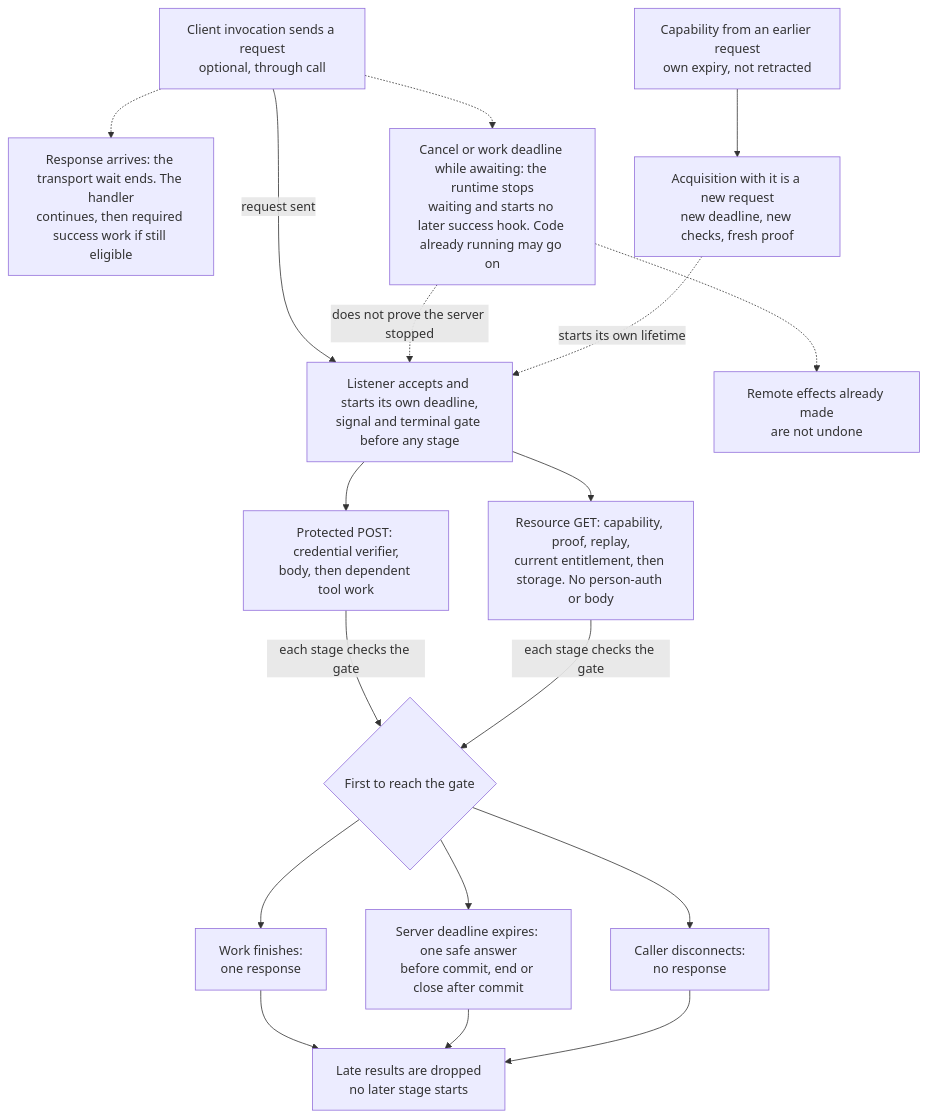
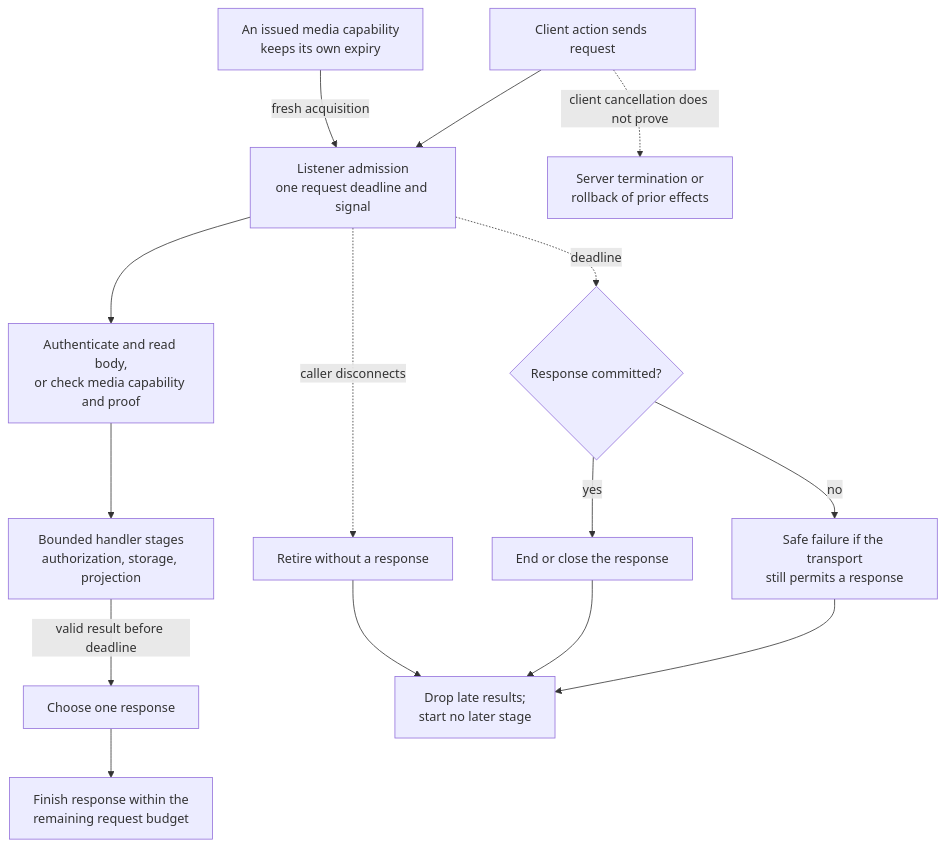
Before and after one commit to MachineWisdomAI/saga-a2ui: the diagram in diagrams/request-view-lifetimes-server-request.mmd, drawn with Mermaid. The commit also changed 37 other files, not shown here.

Commit message:
docs: explain action and request lifecycle ownership

```diff
--- a/diagrams/request-view-lifetimes-server-request.mmd
+++ b/diagrams/request-view-lifetimes-server-request.mmd
@@ -1,32 +1,15 @@
-graph TD
-  C1["Client invocation sends a request<br/>optional, through call"]
-  C2a["Response arrives: the transport wait ends. The handler<br/>continues, then required success work if still eligible"]
-  C2b["Cancel or work deadline while awaiting: the runtime stops<br/>waiting and starts no later success hook. Code already running may go on"]
-  L["Listener accepts and starts its own deadline,<br/>signal and terminal gate before any stage"]
-  A1["Protected POST: credential verifier,<br/>body, then dependent tool work"]
-  A2["Resource GET: capability, proof, replay,<br/>current entitlement, then storage. No person-auth or body"]
-  G{"First to reach the gate"}
-  R1["Work finishes:<br/>one response"]
-  R2["Server deadline expires: one safe answer<br/>before commit, end or close after commit"]
-  R3["Caller disconnects:<br/>no response"]
-  Z["Late results are dropped<br/>no later stage starts"]
-  K["Capability from an earlier request<br/>own expiry, not retracted"]
-  Q["Acquisition with it is a new request<br/>new deadline, new checks, fresh proof"]
-  N["Remote effects already made<br/>are not undone"]
-  C1 -->|request sent| L
-  L --> A1
-  L --> A2
-  A1 -->|each stage checks the gate| G
-  A2 -->|each stage checks the gate| G
-  G --> R1
-  G --> R2
-  G --> R3
-  R1 --> Z
-  R2 --> Z
-  R3 --> Z
-  C1 -.-> C2a
-  C1 -.-> C2b
-  C2b -.->|does not prove the server stopped| L
-  C2b -.-> N
-  K --> Q
-  Q -.->|starts its own lifetime| L
+flowchart TD
+  C["Client action sends request"] --> L["Listener admission<br/>one request deadline and signal"]
+  L --> A["Authenticate and read body,<br/>or check media capability and proof"]
+  A --> W["Bounded handler stages<br/>authorization, storage, projection"]
+  W -->|"valid result before deadline"| R["Choose one response"]
+  R --> F["Finish response within the<br/>remaining request budget"]
+  L -.->|"deadline"| D{"Response committed?"}
+  D -->|"no"| E["Safe failure if the transport<br/>still permits a response"]
+  D -->|"yes"| X["End or close the response"]
+  L -.->|"caller disconnects"| N["Retire without a response"]
+  E --> Z["Drop late results;<br/>start no later stage"]
+  X --> Z
+  N --> Z
+  C -.->|"client cancellation does not prove"| U["Server termination or<br/>rollback of prior effects"]
+  K["An issued media capability<br/>keeps its own expiry"] -->|"fresh acquisition"| L
```
